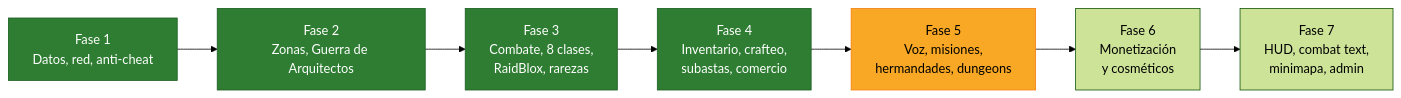
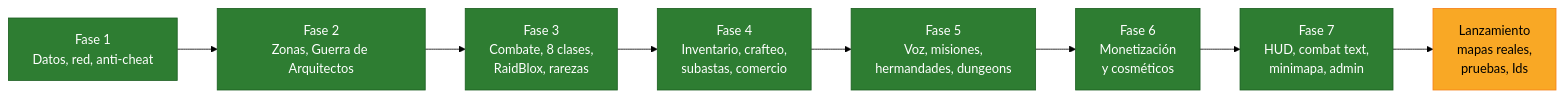
Before and after one commit to vonvivant/raidblox: the diagram in docs/roadmap.md, drawn with Mermaid (forest theme). The commit also changed other lines of this file and 8 other files, not shown here.

````diff
--- a/docs/roadmap.md
+++ b/docs/roadmap.md
@@ -5,12 +5,13 @@
 ```mermaid
 flowchart LR
     F1[Fase 1<br/>Datos, red, anti-cheat]:::hecho --> F2[Fase 2<br/>Zonas, Guerra de Arquitectos]:::hecho
     F2 --> F3[Fase 3<br/>Combate, 8 clases,<br/>RaidBlox, rarezas]:::hecho
     F3 --> F4[Fase 4<br/>Inventario, crafteo,<br/>subastas, comercio]:::hecho
-    F4 --> F5[Fase 5<br/>Voz, misiones,<br/>hermandades, dungeons]:::siguiente
-    F5 --> F6[Fase 6<br/>Monetización<br/>y cosméticos]
-    F6 --> F7[Fase 7<br/>HUD, combat text,<br/>minimapa, admin]
+    F4 --> F5[Fase 5<br/>Voz, misiones,<br/>hermandades, dungeons]:::hecho
+    F5 --> F6[Fase 6<br/>Monetización<br/>y cosméticos]:::hecho
+    F6 --> F7[Fase 7<br/>HUD, combat text,<br/>minimapa, admin]:::hecho
+    F7 --> L[Lanzamiento<br/>mapas reales,<br/>pruebas, Ids]:::siguiente
 
     classDef hecho fill:#2e7d32,color:#fff,stroke:#1b5e20
     classDef siguiente fill:#f9a825,color:#000,stroke:#f57f17
 ```
````
